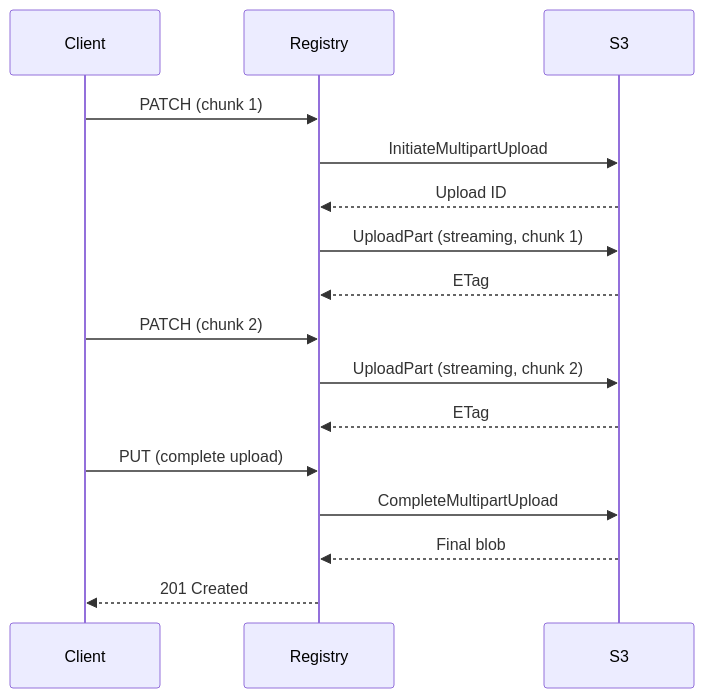
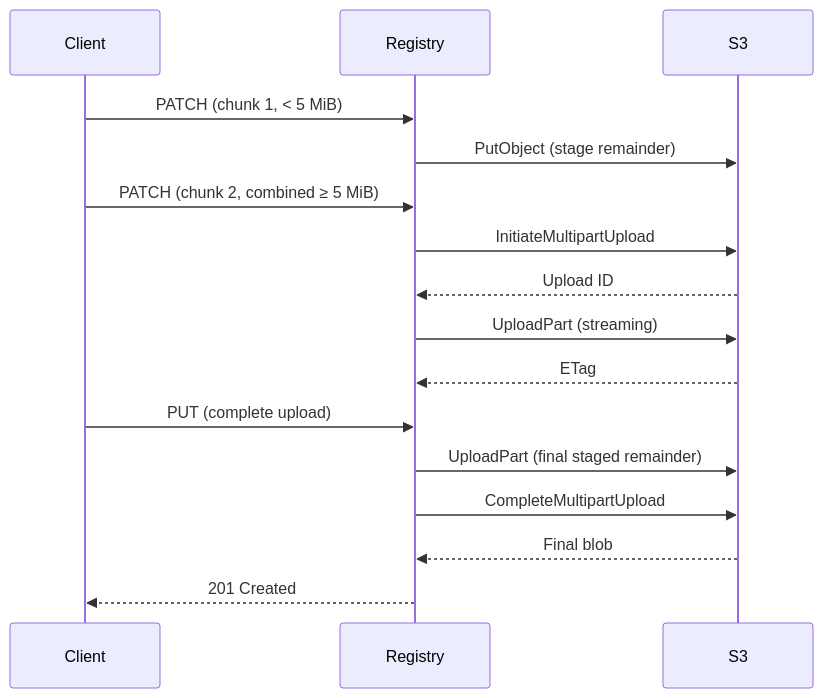
The second of 3 diagrams in doc/explanation/storage-backends.md (project-angos/angos), drawn with Mermaid before and after one commit. The commit also changed other lines of this file and 57 other files, not shown here.

````diff
--- a/doc/explanation/storage-backends.md
+++ b/doc/explanation/storage-backends.md
@@ -345,21 +345,21 @@
 ```mermaid
 sequenceDiagram
     participant Client
     participant Registry
     participant S3
 
-    Client->>Registry: PATCH (chunk 1)
+    Client->>Registry: PATCH (chunk 1, < 5 MiB)
+    Registry->>S3: PutObject (stage remainder)
+
+    Client->>Registry: PATCH (chunk 2, combined ≥ 5 MiB)
     Registry->>S3: InitiateMultipartUpload
     S3-->>Registry: Upload ID
-    Registry->>S3: UploadPart (streaming, chunk 1)
-    S3-->>Registry: ETag
-
-    Client->>Registry: PATCH (chunk 2)
-    Registry->>S3: UploadPart (streaming, chunk 2)
+    Registry->>S3: UploadPart (streaming)
     S3-->>Registry: ETag
 
     Client->>Registry: PUT (complete upload)
+    Registry->>S3: UploadPart (final staged remainder)
     Registry->>S3: CompleteMultipartUpload
     S3-->>Registry: Final blob
     Registry-->>Client: 201 Created
 ```
````
